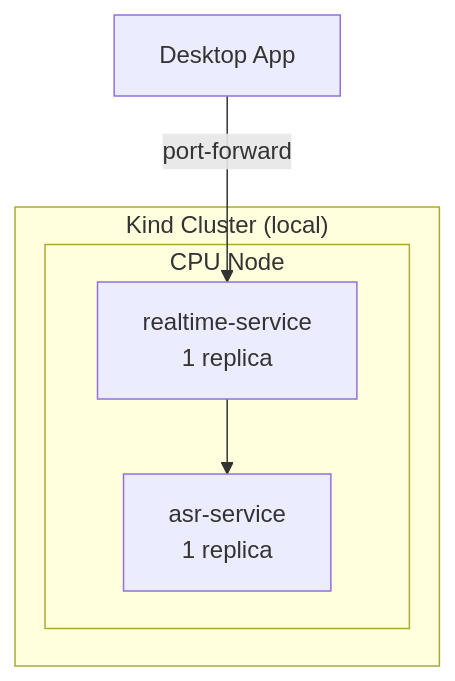
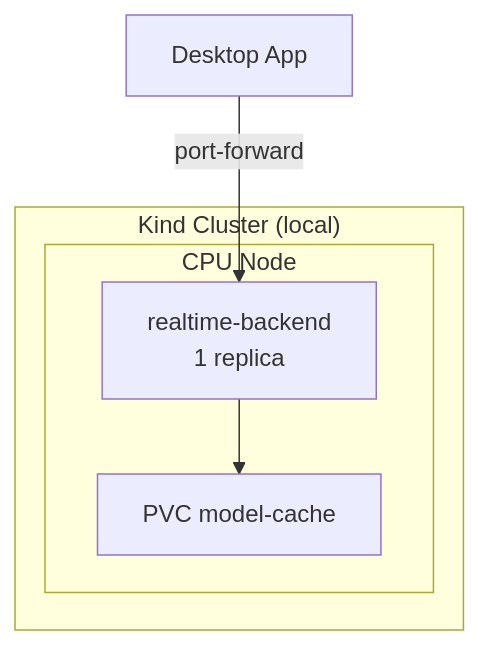
Before and after one commit to kazusa931209-cmd/Voragon: the second of 7 diagrams in docs/architecture/kubernetes.md, drawn with Mermaid. The commit also changed other lines of this file and 19 other files, not shown here.

````diff
--- a/docs/architecture/kubernetes.md
+++ b/docs/architecture/kubernetes.md
@@ -22,12 +24,12 @@
 ```mermaid
 flowchart TB
     subgraph kind ["Kind Cluster (local)"]
         subgraph cpu ["CPU Node"]
-            RT["realtime-service<br/>1 replica"]
-            ASR["asr-service<br/>1 replica"]
+            RT["realtime-backend<br/>1 replica"]
+            PVC["PVC model-cache"]
         end
     end
 
     Desktop["Desktop App"] -->|port-forward| RT
-    RT --> ASR
+    RT --> PVC
 ```
````
